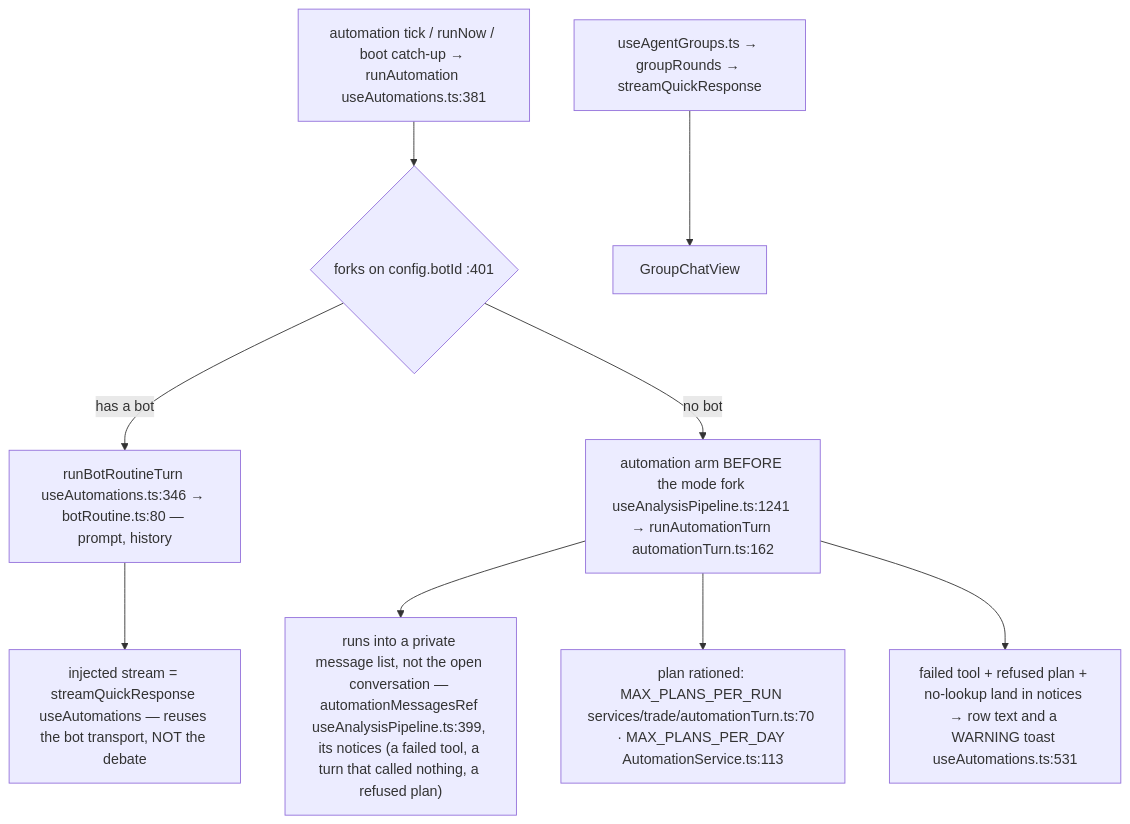
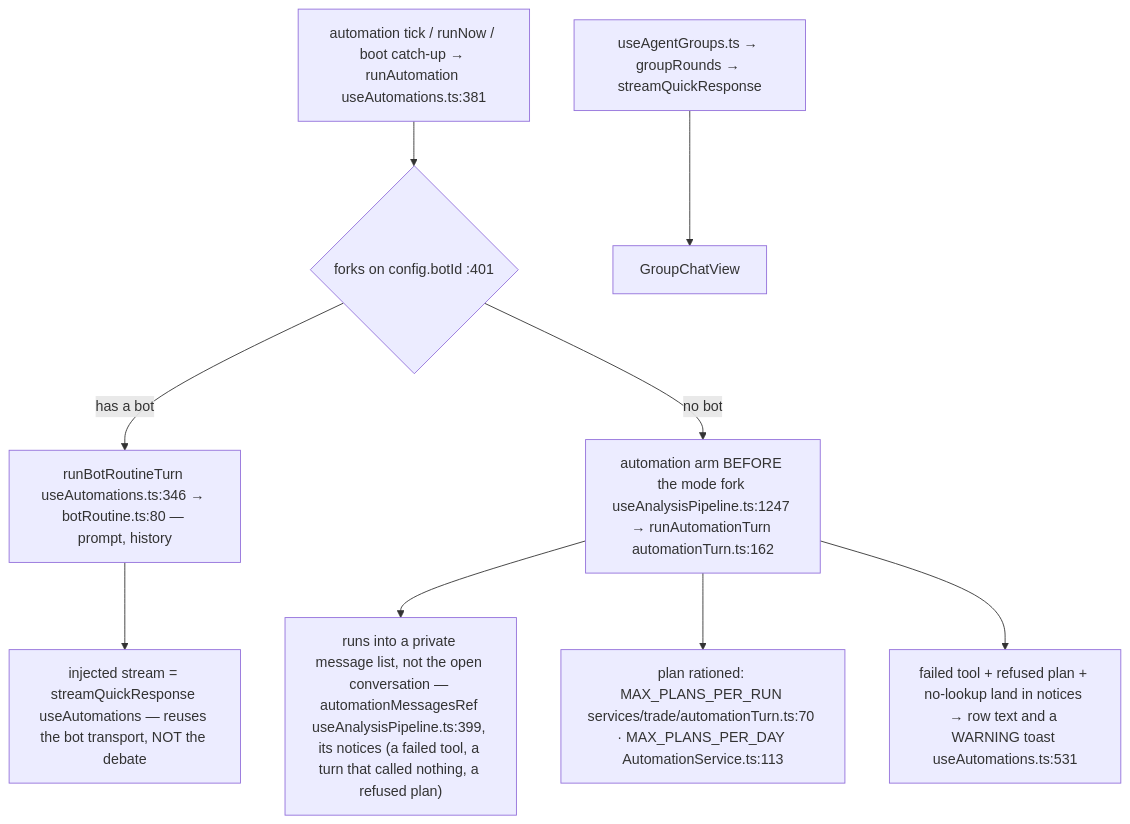
The fifth of 8 diagrams in docs/app-flow.md (Acepay25/august-3.5), drawn with Mermaid before and after one commit. The commit also changed other lines of this file and 12 other files, not shown here.

````diff
--- a/docs/app-flow.md
+++ b/docs/app-flow.md
@@ -395,11 +399,11 @@
 ```mermaid
 flowchart TD
     TK["automation tick / runNow / boot catch-up → runAutomation useAutomations.ts:381"] --> D{"forks on config.botId :401"}
     D -->|has a bot| BR["runBotRoutineTurn useAutomations.ts:346 → botRoutine.ts:80 — prompt, history"]
     BR --> ST["injected stream = streamQuickResponse useAutomations — reuses the bot transport, NOT the debate"]
-    D -->|no bot| AT["automation arm BEFORE the mode fork useAnalysisPipeline.ts:1241 → runAutomationTurn automationTurn.ts:162"]
+    D -->|no bot| AT["automation arm BEFORE the mode fork useAnalysisPipeline.ts:1247 → runAutomationTurn automationTurn.ts:162"]
     AT --> PRIV["runs into a private message list, not the open conversation — automationMessagesRef useAnalysisPipeline.ts:399, its notices (a failed tool, a turn that called nothing, a refused plan)"]
     AT --> CAP["plan rationed: MAX_PLANS_PER_RUN services/trade/automationTurn.ts:70 · MAX_PLANS_PER_DAY AutomationService.ts:113"]
     AT --> FAIL["failed tool + refused plan + no-lookup land in notices → row text and a WARNING toast useAutomations.ts:531"]
     GR["useAgentGroups.ts → groupRounds → streamQuickResponse"] --> GV["GroupChatView"]
 ```
````
